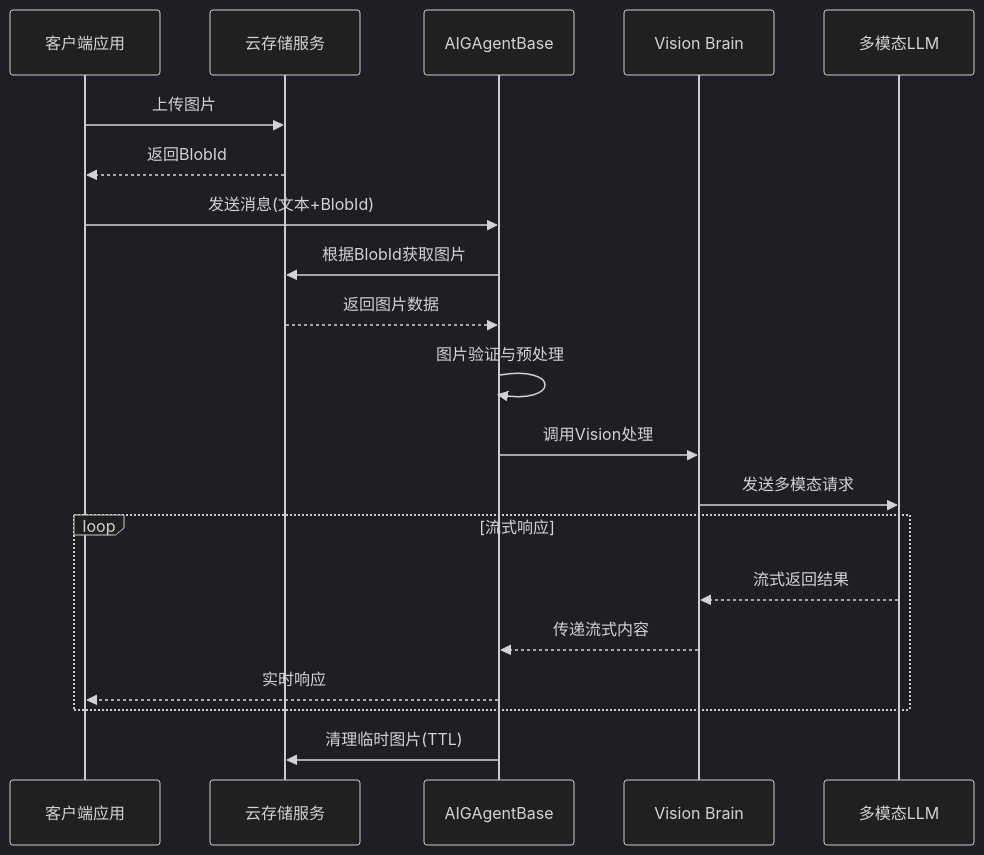
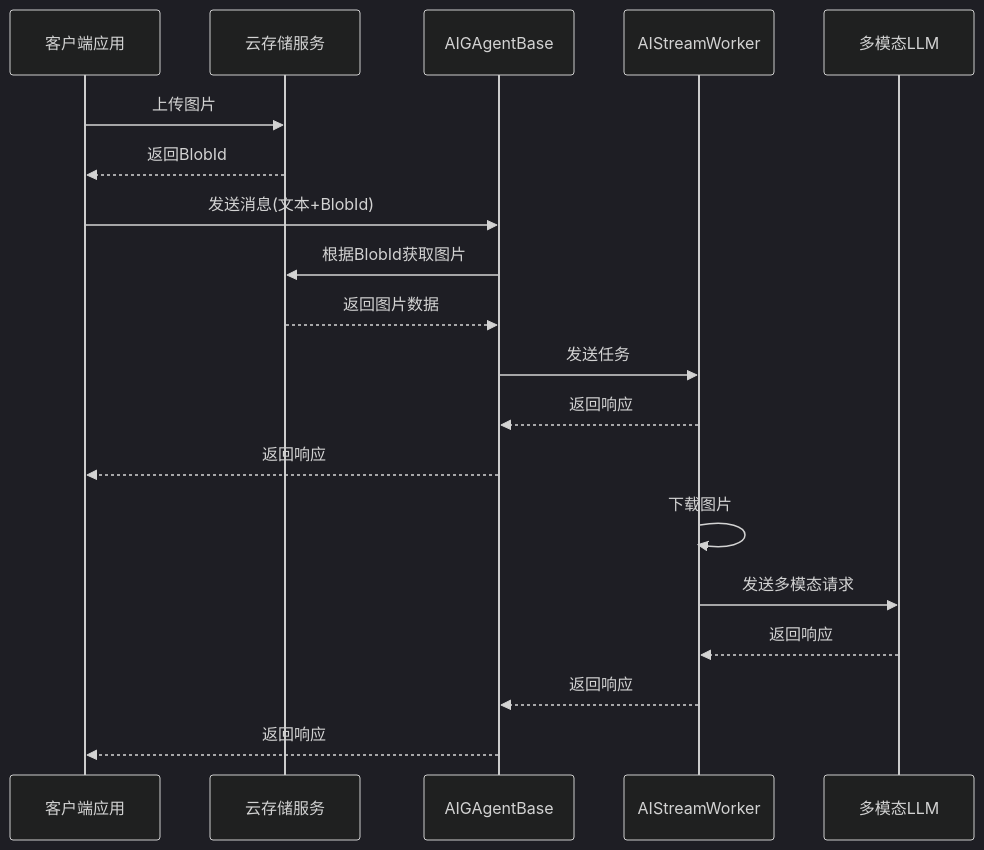
The second of 2 diagrams in issue100.md (aevatarAI/aevatar-gagents), drawn with Mermaid (dark theme) before and after one commit.

````diff
--- a/issue100.md
+++ b/issue100.md
@@ -40,27 +40,26 @@
 ```mermaid
 sequenceDiagram
     participant Client as 客户端应用
     participant Blob as 云存储服务
     participant Agent as AIGAgentBase
-    participant VisionBrain as Vision Brain
+    participant AIStreamWorker as AIStreamWorker
     participant LLM as 多模态LLM
     
     Client->>Blob: 上传图片
     Blob-->>Client: 返回BlobId
     
     Client->>Agent: 发送消息(文本+BlobId)
     Agent->>Blob: 根据BlobId获取图片
     Blob-->>Agent: 返回图片数据
     
-    Agent->>Agent: 图片验证与预处理
-    Agent->>VisionBrain: 调用Vision处理
-    VisionBrain->>LLM: 发送多模态请求
+    Agent->>AIStreamWorker: 发送任务
+    AIStreamWorker-->>Agent: 返回响应
+    Agent-->>Client: 返回响应
+    AIStreamWorker->>AIStreamWorker: 下载图片
+    AIStreamWorker->>LLM: 发送多模态请求
     
-    loop 流式响应
-        LLM-->>VisionBrain: 流式返回结果
-        VisionBrain-->>Agent: 传递流式内容
-        Agent-->>Client: 实时响应
-    end
+    LLM-->>AIStreamWorker: 返回响应
+    AIStreamWorker-->>Agent: 返回响应
+    Agent-->>Client: 返回响应
     
-    Agent->>Blob: 清理临时图片(TTL)
 ```
````
